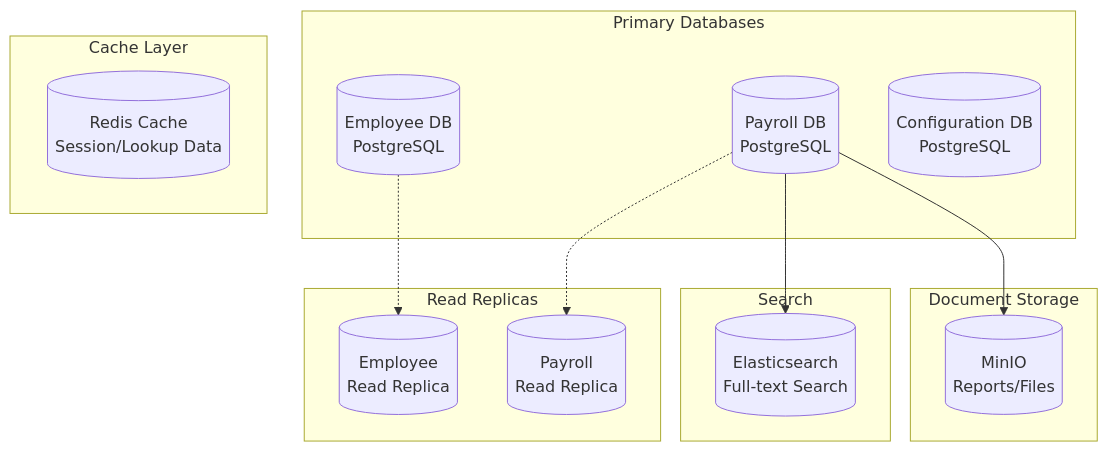
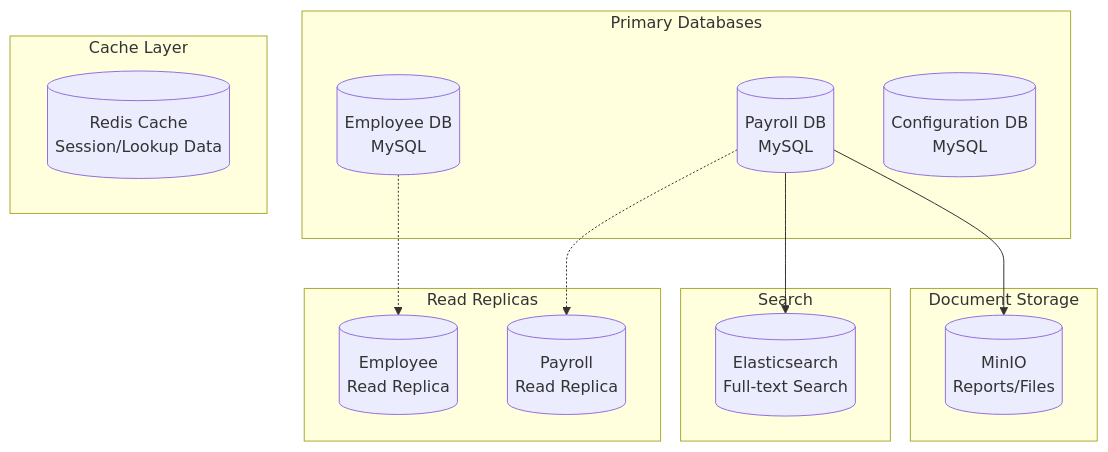
One commit to devsongnhan/Bflow-Doc changed the first of 3 diagrams in HRM/Payroll/2_ThietKe/3_DatabaseDesign.md. Above: the diagram before and after it, drawn with Mermaid. The commit also changed other lines of this file and 2 other files, not shown here.

````diff
--- a/HRM/Payroll/2_ThietKe/3_DatabaseDesign.md
+++ b/HRM/Payroll/2_ThietKe/3_DatabaseDesign.md
@@ -49,30 +49,30 @@
 ```mermaid
 graph TB
     subgraph "Primary Databases"
-        DB1[(Employee DB<br/>PostgreSQL)]
-        DB2[(Payroll DB<br/>PostgreSQL)]
-        DB3[(Configuration DB<br/>PostgreSQL)]
+        DB1[(Employee DB<br/>MySQL)]
+        DB2[(Payroll DB<br/>MySQL)]
+        DB3[(Configuration DB<br/>MySQL)]
     end
 
     subgraph "Read Replicas"
         REP1[(Employee<br/>Read Replica)]
         REP2[(Payroll<br/>Read Replica)]
     end
 
     subgraph "Cache Layer"
         CACHE[(Redis Cache<br/>Session/Lookup Data)]
     end
 
     subgraph "Document Storage"
         DOC[(MinIO<br/>Reports/Files)]
     end
 
     subgraph "Search"
         SEARCH[(Elasticsearch<br/>Full-text Search)]
     end
 
     DB1 -.-> REP1
     DB2 -.-> REP2
     DB2 --> SEARCH
     DB2 --> DOC
 ```
````
